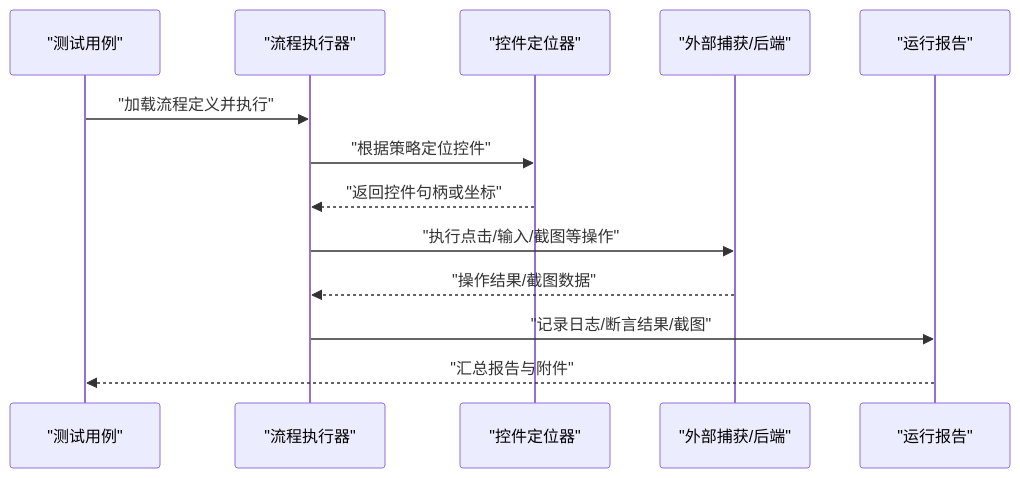
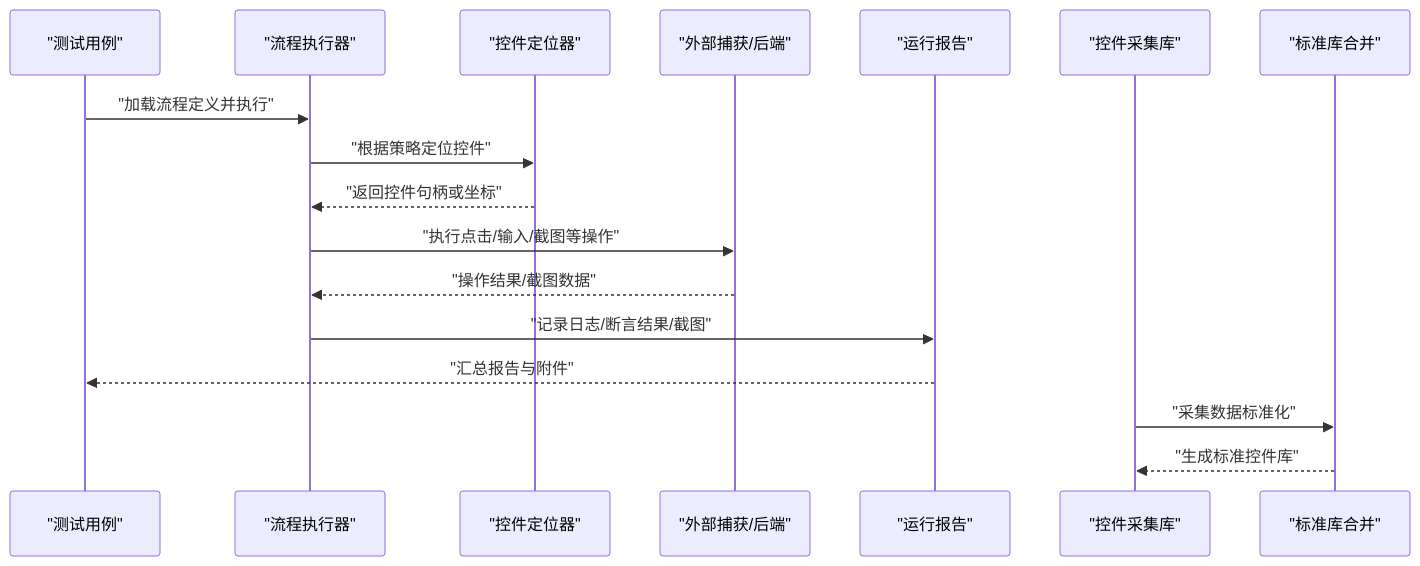
Before and after one commit to hanago33/WT_Automation: the second of 3 diagrams in .qoder/repowiki/zh/content/开发指南/测试编写指南/测试编写指南.md, drawn with Mermaid. The commit also changed other lines of this file and 247 other files, not shown here.

````diff
--- a/.qoder/repowiki/zh/content/开发指南/测试编写指南/测试编写指南.md
+++ b/.qoder/repowiki/zh/content/开发指南/测试编写指南/测试编写指南.md
@@ -123,15 +166,19 @@
 ```mermaid
 sequenceDiagram
 participant Test as "测试用例"
 participant Exec as "流程执行器"
 participant Loc as "控件定位器"
 participant UI as "外部捕获/后端"
 participant Rep as "运行报告"
+participant Coll as "控件采集库"
+participant Merge as "标准库合并"
 Test->>Exec : "加载流程定义并执行"
 Exec->>Loc : "根据策略定位控件"
 Loc-->>Exec : "返回控件句柄或坐标"
 Exec->>UI : "执行点击/输入/截图等操作"
 UI-->>Exec : "操作结果/截图数据"
 Exec->>Rep : "记录日志/断言结果/截图"
 Rep-->>Test : "汇总报告与附件"
+Coll->>Merge : "采集数据标准化"
+Merge-->>Coll : "生成标准控件库"
 ```
````
